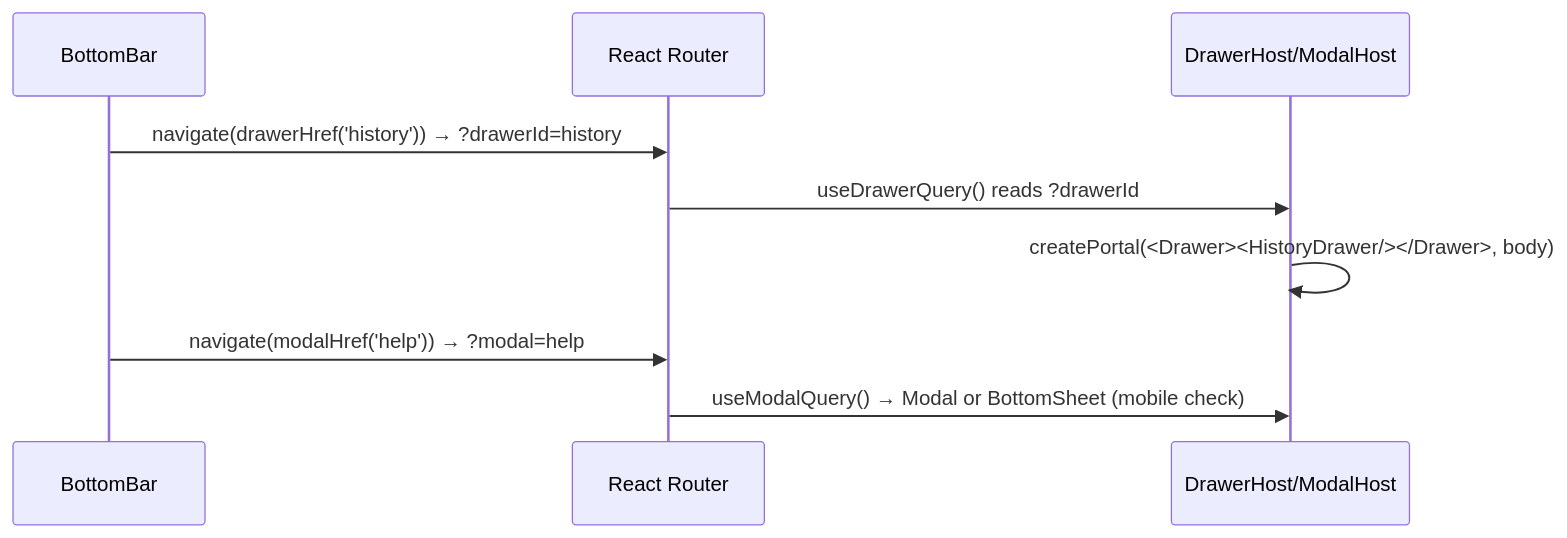
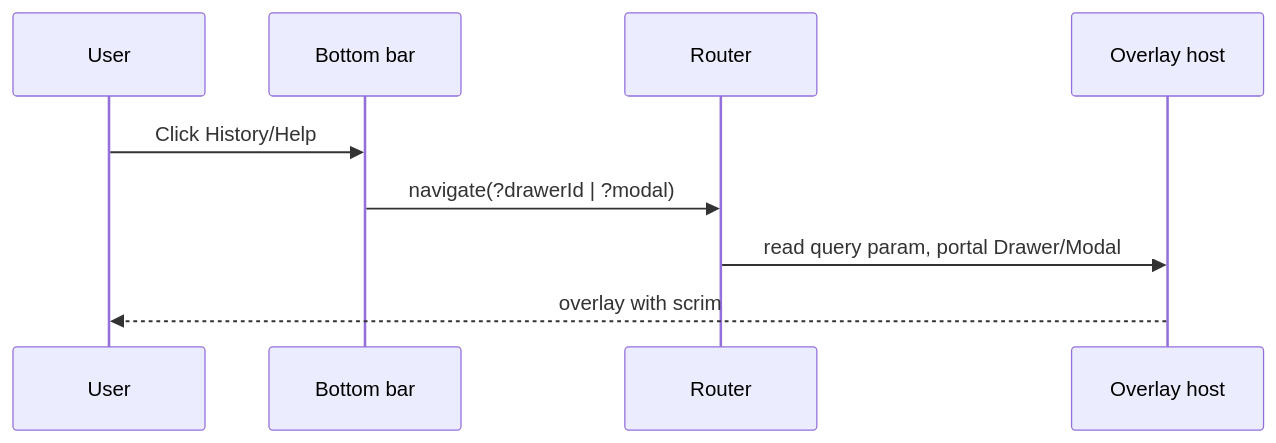
Before and after one commit to dimasbaguspm/syntaxdiff: the fifth of 5 diagrams in docs/ENGINEERING_SPEC.md, drawn with Mermaid. The commit also changed other lines of this file, not shown here.

Commit message:
docs: restructure engineering spec to purpose/problem/solution flow

````diff
--- a/docs/ENGINEERING_SPEC.md
+++ b/docs/ENGINEERING_SPEC.md
@@ -197,11 +98,11 @@
 ```mermaid
 sequenceDiagram
-  participant Bar as BottomBar
-  participant Router as React Router
-  participant Host as DrawerHost/ModalHost
-  Bar->>Router: navigate(drawerHref('history')) → ?drawerId=history
-  Router->>Host: useDrawerQuery() reads ?drawerId
-  Host->>Host: createPortal(<Drawer><HistoryDrawer/></Drawer>, body)
-  Bar->>Router: navigate(modalHref('help')) → ?modal=help
-  Router->>Host: useModalQuery() → Modal or BottomSheet (mobile check)
+  participant User
+  participant Bar as Bottom bar
+  participant Router
+  participant Host as Overlay host
+  User->>Bar: Click History/Help
+  Bar->>Router: navigate(?drawerId | ?modal)
+  Router->>Host: read query param, portal Drawer/Modal
+  Host-->>User: overlay with scrim
 ```
````
